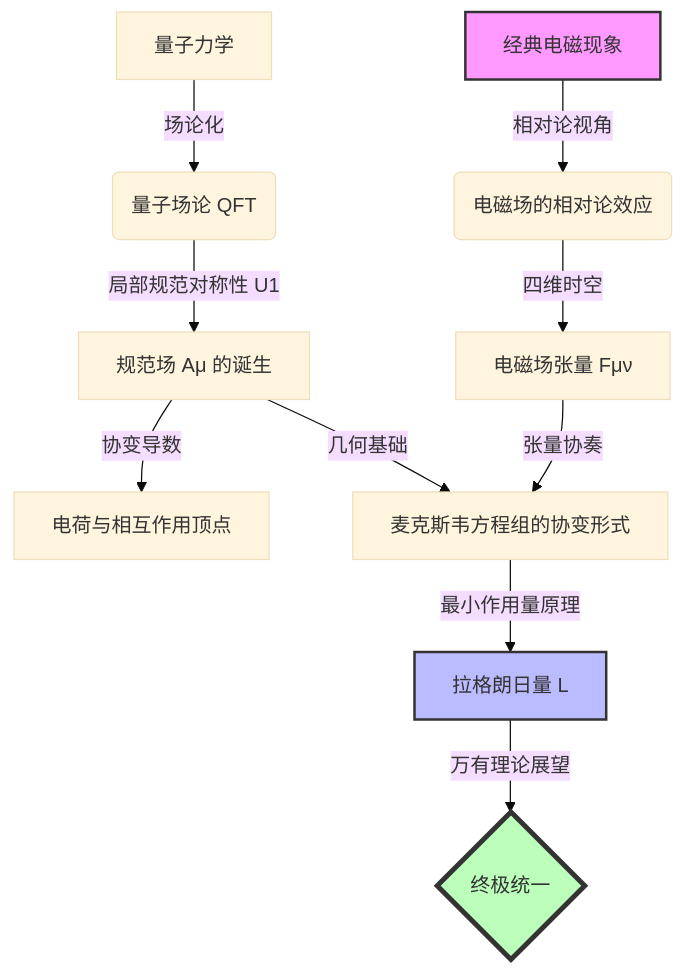
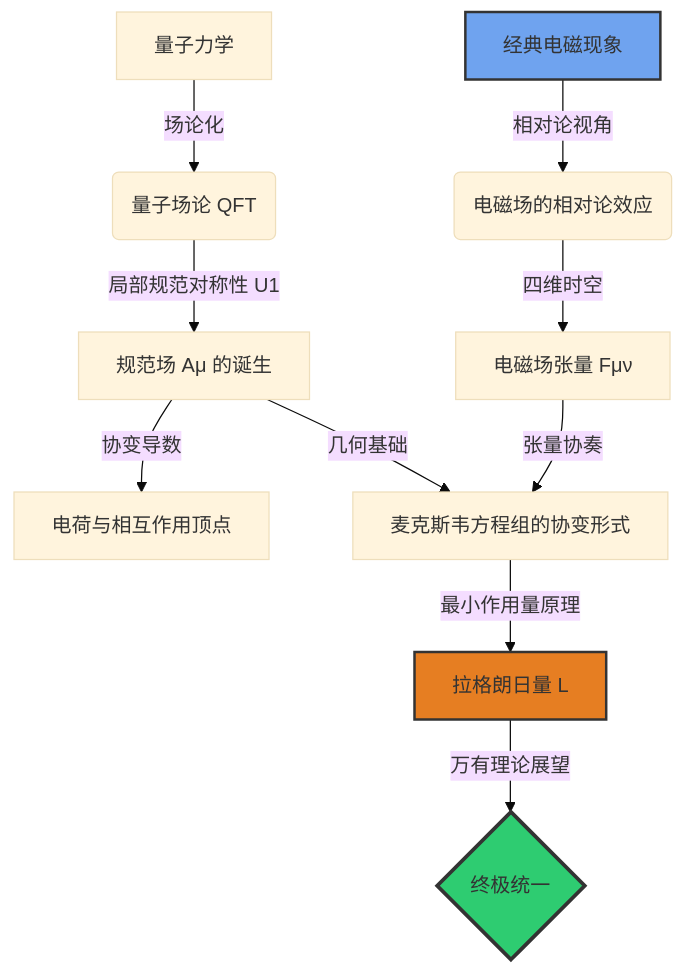
The diagram in README.md (twx145/EM-BOOK), drawn with Mermaid (base theme) before and after one commit.

Commit message:
Change styles for diagram nodes in README
Updated styles for nodes A, I, and J in the diagram.

````diff
--- a/README.md
+++ b/README.md
@@ -57,16 +57,16 @@
 ```mermaid
 graph TD
     A[经典电磁现象] -->|相对论视角| B(电磁场的相对论效应)
     B -->|四维时空| C[电磁场张量 Fμν]
     D[量子力学] -->|场论化| E(量子场论 QFT)
     E -->|局部规范对称性 U1| F[规范场 Aμ 的诞生]
     F -->|协变导数| G[电荷与相互作用顶点]
     C -->|张量协奏| H[麦克斯韦方程组的协变形式]
     F -->|几何基础| H
     H -->|最小作用量原理| I[拉格朗日量 L]
     I -->|万有理论展望| J{终极统一}
 
-    style A fill:#f9f,stroke:#333,stroke-width:2px
-    style I fill:#bbf,stroke:#333,stroke-width:2px
-    style J fill:#bfb,stroke:#333,stroke-width:4px
+    style A fill:#6fa3ef,stroke:#333,stroke-width:2px
+    style I fill:#e67e22,stroke:#333,stroke-width:2px  
+    style J fill:#2ecc71,stroke:#333,stroke-width:3px  
 ```
````
